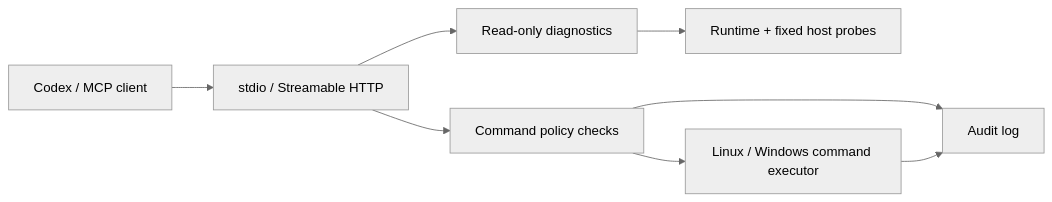
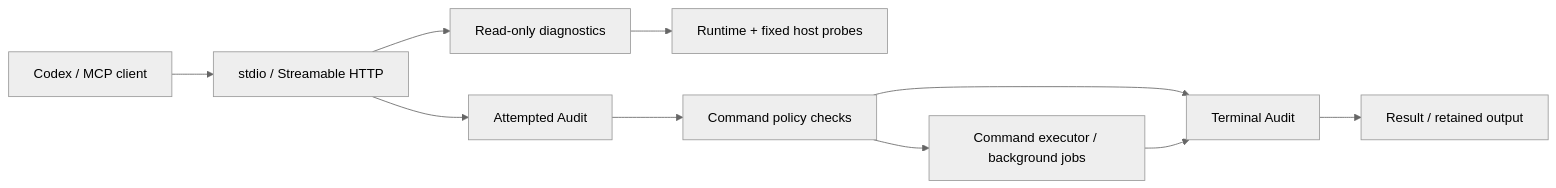
Before and after one commit to HsinPu/command-bridge-mcp-server: the diagram in README.md, drawn with Mermaid (neutral theme). The commit also changed other lines of this file and 15 other files, not shown here.

````diff
--- a/README.md
+++ b/README.md
@@ -40,10 +45,12 @@
 ```mermaid
 flowchart LR
     Client["Codex / MCP client"] --> Transport["stdio / Streamable HTTP"]
     Transport --> Diagnostics["Read-only diagnostics"]
     Diagnostics --> State["Runtime + fixed host probes"]
-    Transport --> Policy["Command policy checks"]
-    Policy --> Executor["Linux / Windows command executor"]
-    Policy --> Audit["Audit log"]
-    Executor --> Audit
+    Transport --> Attempt["Attempted Audit"]
+    Attempt --> Policy["Command policy checks"]
+    Policy --> Executor["Command executor / background jobs"]
+    Policy --> Terminal["Terminal Audit"]
+    Executor --> Terminal
+    Terminal --> Result["Result / retained output"]
 ```
````
